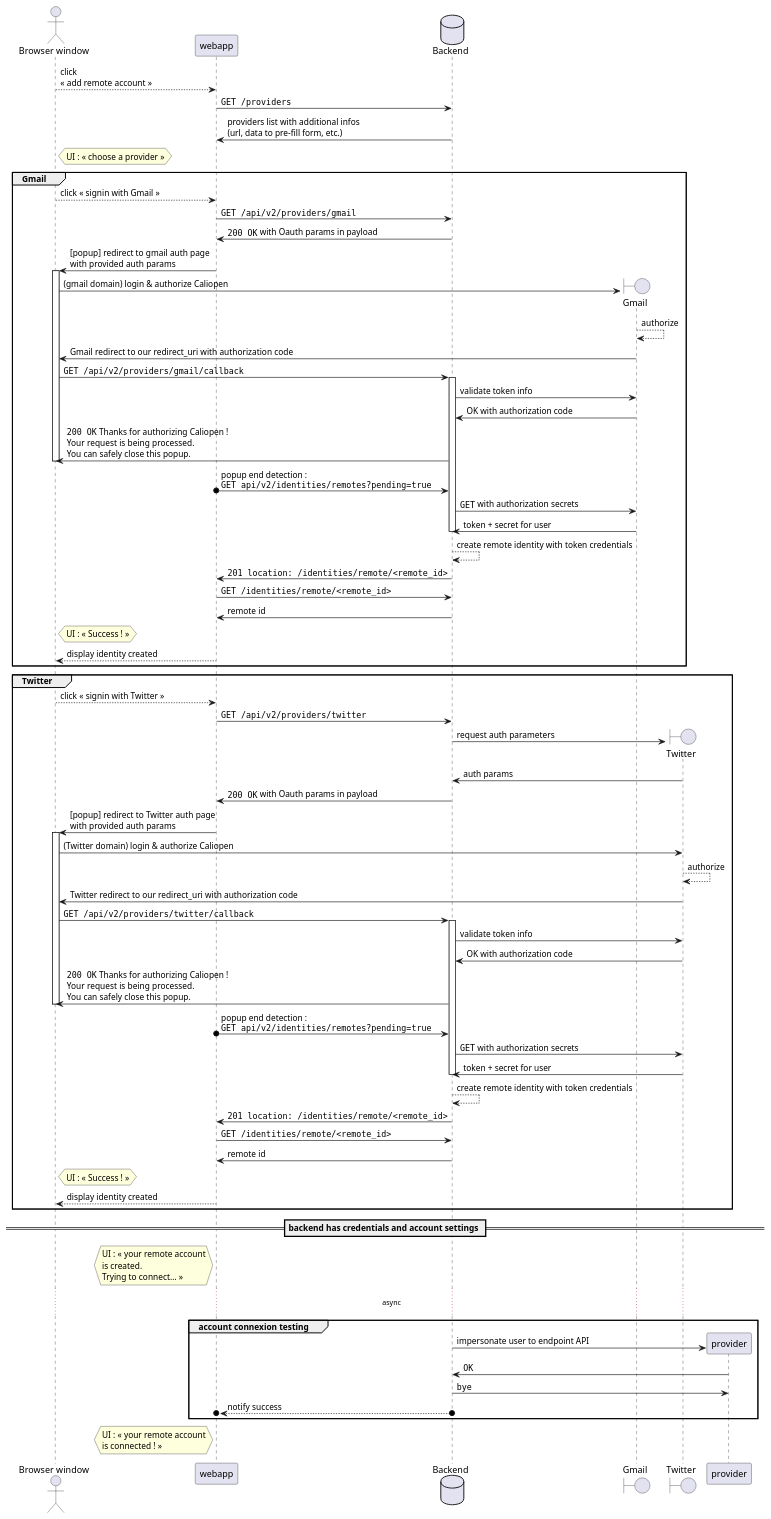
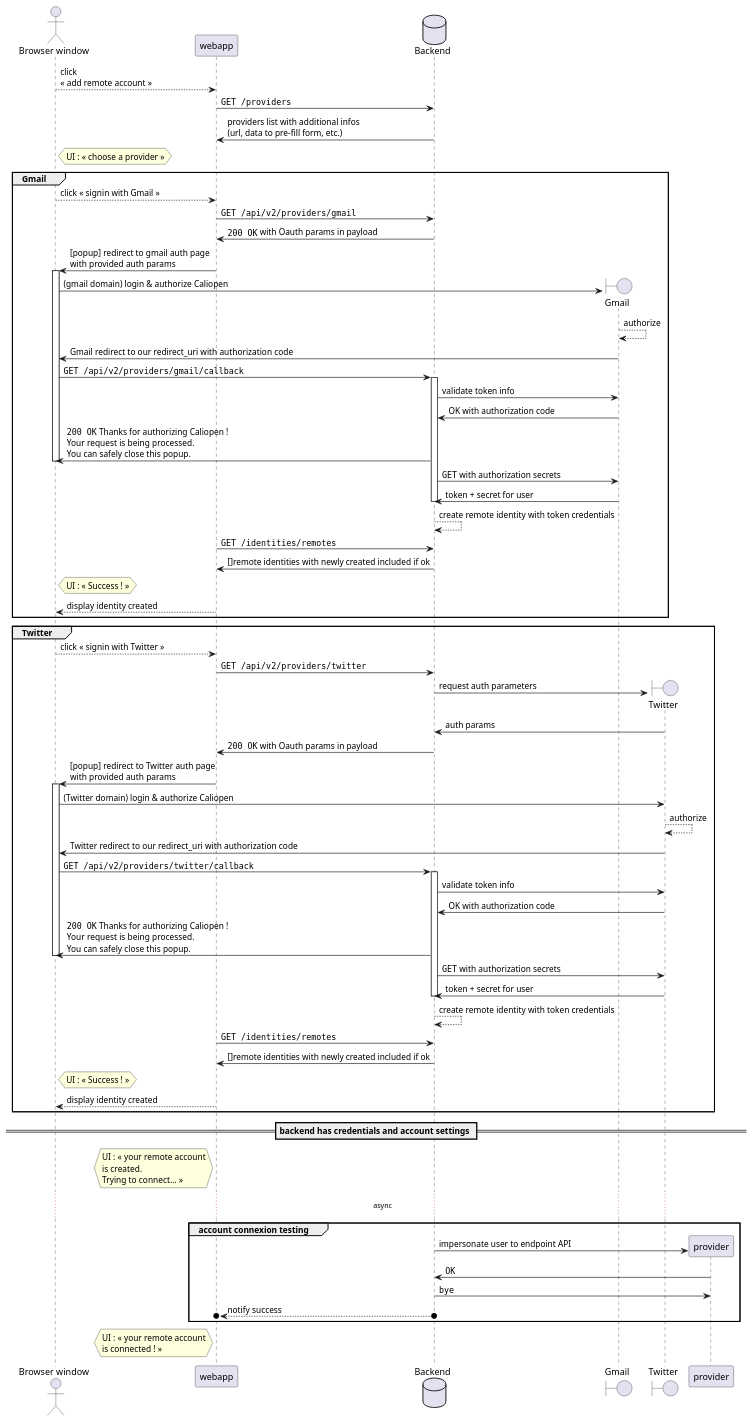
The diagram in doc/specifications/identities/Remote-identities-creation-diagram.puml (oricis/Caliopen), drawn with PlantUML before and after one commit.

Commit message:
Update schema with removed route …/pending

```diff
--- a/doc/specifications/identities/Remote-identities-creation-diagram.puml
+++ b/doc/specifications/identities/Remote-identities-creation-diagram.puml
@@ -1,77 +1,73 @@
 @startuml
 actor "Browser window" as user
 participant "webapp" as client
 database "Backend" as backend
 user --> client: click\n« add remote account »
 client -> backend: ""GET /providers""
 backend -> client: providers list with additional infos\n(url, data to pre-fill form, etc.)
 hnote right user: UI : « choose a provider »
 group Gmail
 user --> client: click « signin with Gmail »
 client -> backend: ""GET /api/v2/providers/gmail""
 backend -> client: ""200 OK"" with Oauth params in payload
 client -> user: [popup] redirect to gmail auth page\nwith provided auth params
 create boundary Gmail
 activate user
 user -> Gmail: (gmail domain) login & authorize Caliopen
 Gmail --> Gmail: authorize
 Gmail -> user: Gmail redirect to our redirect_uri with authorization code
 user -> backend: ""GET /api/v2/providers/gmail/callback""
 activate backend
 backend -> Gmail: validate token info
 Gmail -> backend: OK with authorization code
 backend -> user: ""200 OK"" Thanks for authorizing Caliopen !\nYour request is being processed.\nYou can safely close this popup.
 deactivate user
-client o-> backend: popup end detection :\n""GET api/v2/identities/remotes?pending=true""
 backend -> Gmail: ""GET"" with authorization secrets
 Gmail -> backend: token + secret for user
 deactivate backend
 backend --> backend: create remote identity with token credentials
-backend -> client: ""201 location: /identities/remote/<remote_id>""
-client -> backend: ""GET /identities/remote/<remote_id>""
-backend -> client: remote id
+client -> backend: ""GET /identities/remotes""
+backend -> client: []remote identities with newly created included if ok
 hnote right user: UI : « Success ! »
 client --> user: display identity created
 end
 group Twitter
 user --> client: click « signin with Twitter »
 client -> backend: ""GET /api/v2/providers/twitter""
 create boundary Twitter
 backend -> Twitter: request auth parameters
 Twitter -> backend: auth params
 backend -> client: ""200 OK"" with Oauth params in payload
 client -> user: [popup] redirect to Twitter auth page\nwith provided auth params
 activate user
 user -> Twitter: (Twitter domain) login & authorize Caliopen
 Twitter --> Twitter: authorize
 Twitter -> user: Twitter redirect to our redirect_uri with authorization code
 user -> backend: ""GET /api/v2/providers/twitter/callback""
 activate backend
 backend -> Twitter: validate token info
 Twitter -> backend: OK with authorization code
 backend -> user: ""200 OK"" Thanks for authorizing Caliopen !\nYour request is being processed.\nYou can safely close this popup.
 deactivate user
-client o-> backend: popup end detection :\n""GET api/v2/identities/remotes?pending=true""
 backend -> Twitter: ""GET"" with authorization secrets
 Twitter -> backend: token + secret for user
 deactivate backend
 backend --> backend: create remote identity with token credentials
-backend -> client: ""201 location: /identities/remote/<remote_id>""
-client -> backend: ""GET /identities/remote/<remote_id>""
-backend -> client: remote id
+client -> backend: ""GET /identities/remotes""
+backend -> client: []remote identities with newly created included if ok
 hnote right user: UI : « Success ! »
 client --> user: display identity created
 end
 
 == backend has credentials and account settings ==
 hnote left client: UI : « your remote account\nis created.\nTrying to connect… »
 create participant provider
 ... async  ...
 group account connexion testing
 backend -> provider: impersonate user to endpoint API
 provider -> backend: ""OK""
 backend -> provider: ""bye""
 backend o-->o client: notify success
 end
 hnote left client: UI : « your remote account\nis connected ! »
 @enduml
```
